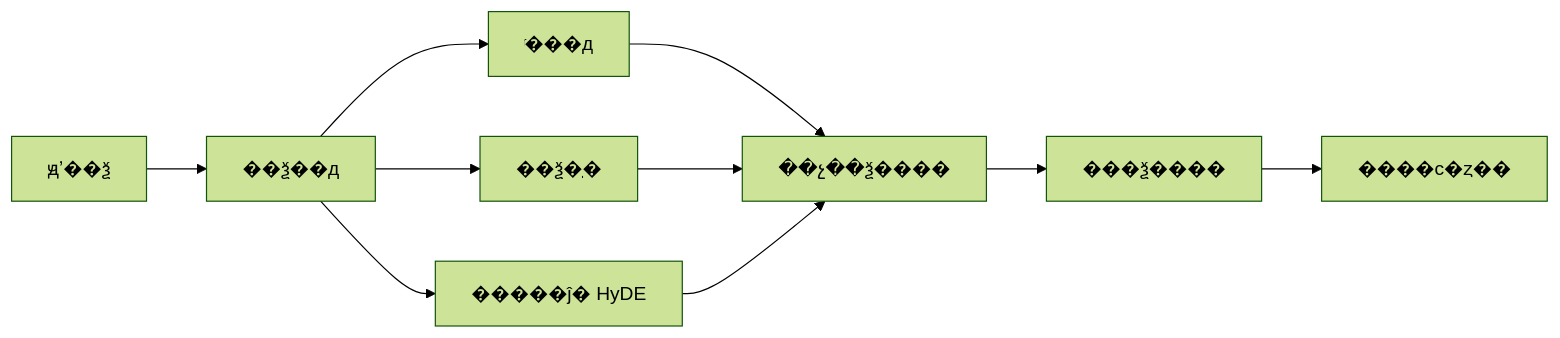
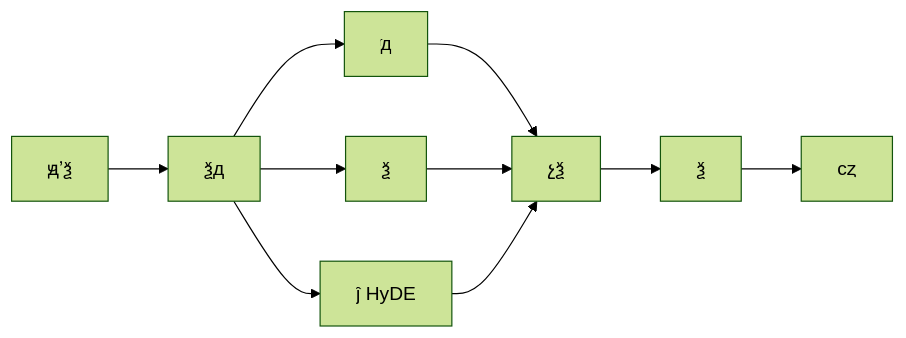
One commit to TimeHunter618/hugo-maid-code changed the fourth of 7 diagrams in content/post/ai-interview/RAG召回率低怎么优化.zh-CN.md. Above: the diagram before and after it, drawn with Mermaid (forest theme). The commit also changed other lines of this file and 55 other files, not shown here.

````diff
--- a/content/post/ai-interview/RAG召回率低怎么优化.zh-CN.md
+++ b/content/post/ai-interview/RAG召回率低怎么优化.zh-CN.md
@@ -223,12 +223,12 @@
 ```mermaid
 graph LR
-    A[ԭʼ��ѯ] --> B[��ѯ��д]
-    B --> C[ͬ���д]
-    B --> D[��ѯ�ֽ�]
-    B --> E[�����ĵ� HyDE]
-    C --> F[��չ��ѯ����]
+    A[ԭʼѯ] --> B[ѯд]
+    B --> C[ͬд]
+    B --> D[ѯֽ]
+    B --> E[ĵ HyDE]
+    C --> F[չѯ]
     D --> F
     E --> F
-    F --> G[���ѯ����]
-    G --> H[����ϲ�ȥ��]
+    F --> G[ѯ]
+    G --> H[ϲȥ]
 ```
````
